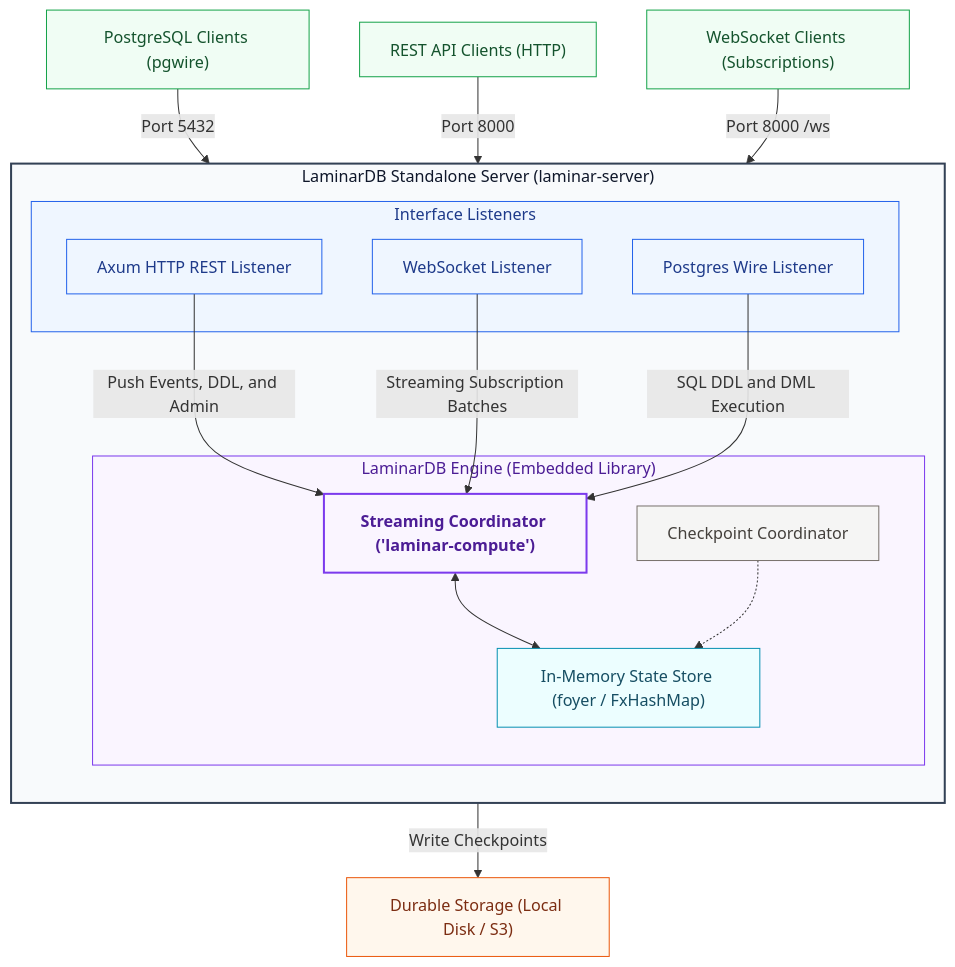
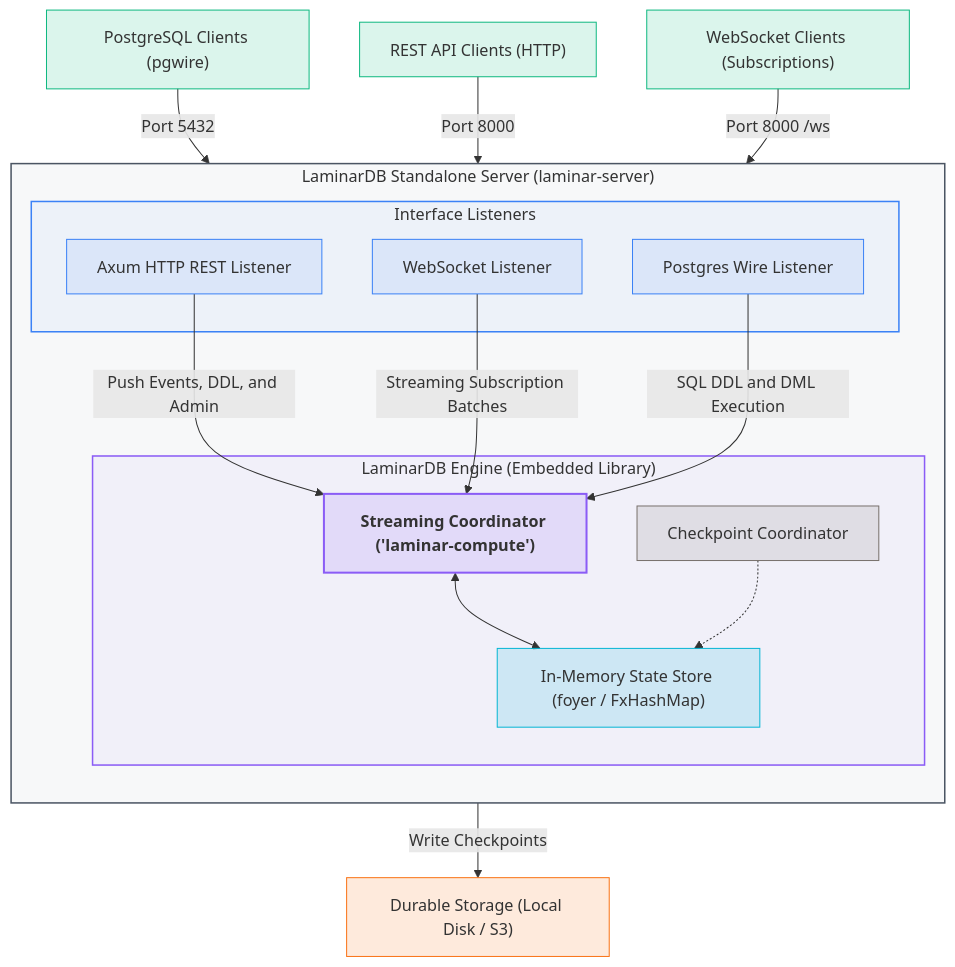
One commit to laminardb/laminardb changed the third of 5 diagrams in README.md. Above: the diagram before and after it, drawn with Mermaid. The commit also changed other lines of this file, not shown here.

Commit message:
docs: update README architecture diagrams to be dynamically theme-aware

````diff
--- a/README.md
+++ b/README.md
@@ -517,43 +517,43 @@
 ```mermaid
 graph TD
-    classDef clientClass fill:#f0fdf4,stroke:#16a34a,stroke-width:1px,color:#14532d;
-    classDef portClass fill:#eff6ff,stroke:#2563eb,stroke-width:1px,color:#1e3a8a;
-    classDef coordClass fill:#faf5ff,stroke:#7c3aed,stroke-width:2px,color:#4c1d95,font-weight:bold;
-    classDef stateClass fill:#ecfeff,stroke:#0891b2,stroke-width:1px,color:#164e63;
-    classDef checkpointClass fill:#f5f5f4,stroke:#78716c,stroke-width:1px,color:#44403c;
-    classDef storageClass fill:#fff7ed,stroke:#ea580c,stroke-width:1px,color:#7c2d12;
+    classDef clientClass fill:#10b981,fill-opacity:0.15,stroke:#10b981,stroke-width:1px;
+    classDef portClass fill:#3b82f6,fill-opacity:0.1,stroke:#3b82f6,stroke-width:1px;
+    classDef coordClass fill:#8b5cf6,fill-opacity:0.15,stroke:#8b5cf6,stroke-width:2px,font-weight:bold;
+    classDef stateClass fill:#06b6d4,fill-opacity:0.15,stroke:#06b6d4,stroke-width:1px;
+    classDef checkpointClass fill:#78716c,fill-opacity:0.15,stroke:#78716c,stroke-width:1px;
+    classDef storageClass fill:#f97316,fill-opacity:0.15,stroke:#f97316,stroke-width:1px;
 
     Client1["PostgreSQL Clients (pgwire)"]:::clientClass
     Client2["REST API Clients (HTTP)"]:::clientClass
     Client3["WebSocket Clients (Subscriptions)"]:::clientClass
     
     subgraph Server["LaminarDB Standalone Server (laminar-server)"]
         direction TB
         subgraph Ports["Interface Listeners"]
             REST["Axum HTTP REST Listener"]:::portClass
             WS["WebSocket Listener"]:::portClass
             PgWire["Postgres Wire Listener"]:::portClass
         end
         
         subgraph Engine["LaminarDB Engine (Embedded Library)"]
             Coord["Streaming Coordinator ('laminar-compute')"]:::coordClass
             State["In-Memory State Store (foyer / FxHashMap)"]:::stateClass
             Checkpoint["Checkpoint Coordinator"]:::checkpointClass
             Coord <--> State
             Checkpoint -.-> State
         end
         
         REST -->|"Push Events, DDL, and Admin"| Coord
         WS -->|"Streaming Subscription Batches"| Coord
         PgWire -->|"SQL DDL and DML Execution"| Coord
     end
     
     Client1 -->|"Port 5432"| PgWire
     Client2 -->|"Port 8000"| REST
     Client3 -->|"Port 8000 /ws"| WS
     Checkpoint -->|"Write Checkpoints"| Storage["Durable Storage (Local Disk / S3)"]:::storageClass
 
-    style Server fill:#f8fafc,stroke:#334155,stroke-width:2px,color:#0f172a
-    style Ports fill:#eff6ff,stroke:#2563eb,color:#1e3a8a
-    style Engine fill:#faf5ff,stroke:#7c3aed,color:#4c1d95
+    style Server fill:#6b7280,fill-opacity:0.05,stroke:#4b5563,stroke-width:1.5px
+    style Ports fill:#3b82f6,fill-opacity:0.05,stroke:#3b82f6,stroke-width:1.5px
+    style Engine fill:#8b5cf6,fill-opacity:0.05,stroke:#8b5cf6,stroke-width:1.5px
 ```
````
